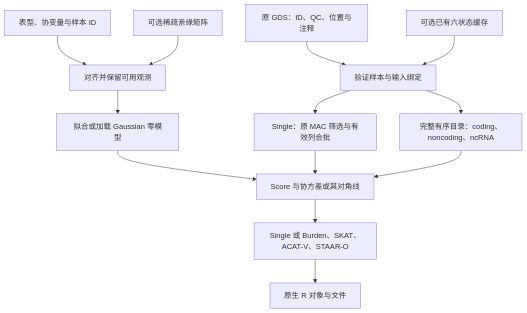
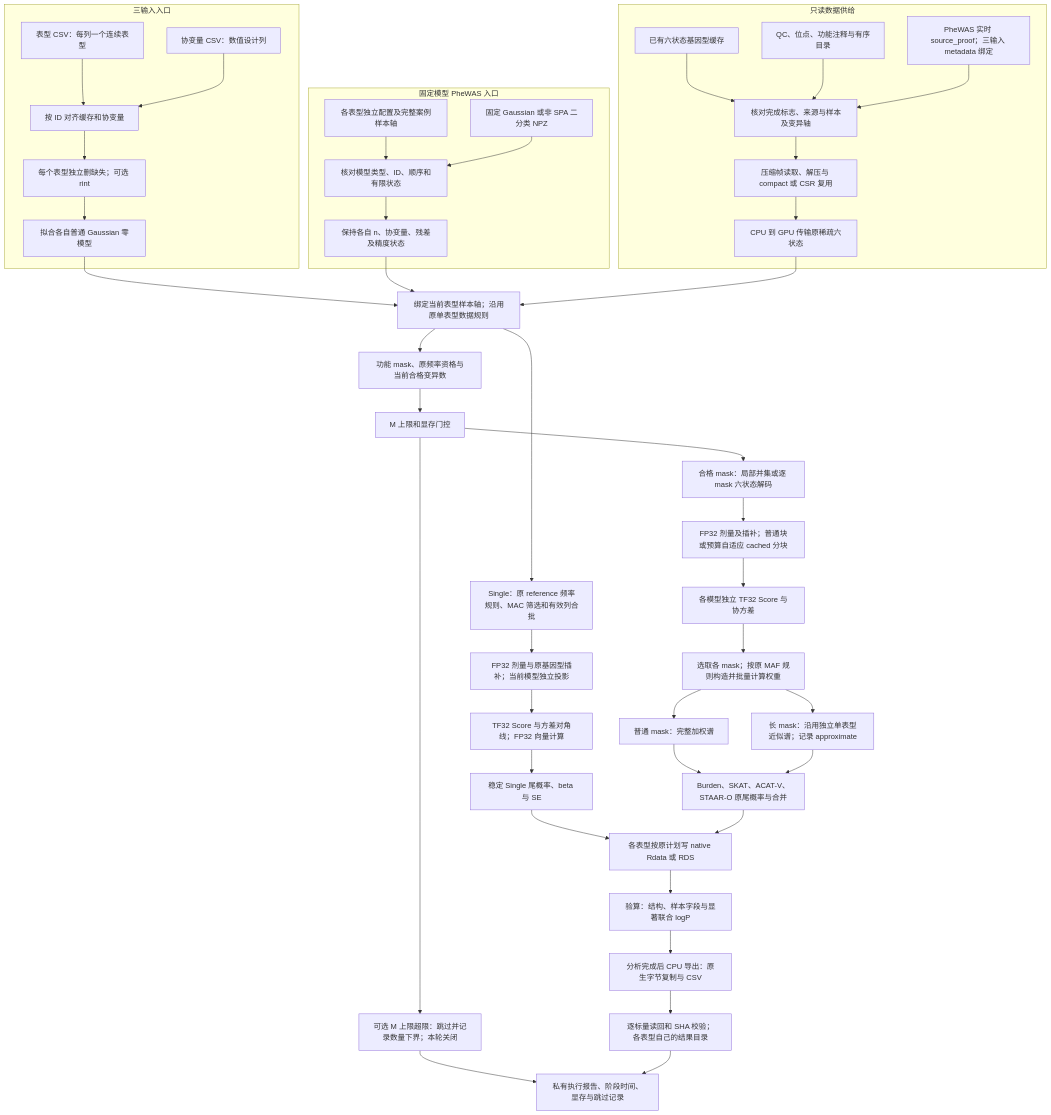
Before and after one commit to weikanggong1/WGS: the diagram in docs/torchstaar.md, drawn with Mermaid. The commit also changed other lines of this file and 50 other files, not shown here.

Commit message:
Add PheWAS all-mask analysis and CSV export

````diff
--- a/docs/torchstaar.md
+++ b/docs/torchstaar.md
@@ -11,15 +15,46 @@
 ```mermaid
 flowchart TD
-    A[表型、协变量与样本 ID] --> B[对齐并保留可用观测]
-    C[可选稀疏亲缘矩阵] --> B
-    B --> D[拟合或加载 Gaussian 零模型]
-    G[原 GDS：ID、QC、位置与注释] --> E[验证样本与输入绑定]
-    H[可选已有六状态缓存] --> E
-    E --> S[Single：原 MAC 筛选与有效列合批]
-    E --> M[完整有序目录：coding、noncoding、ncRNA]
-    D --> U[Score 与协方差或其对角线]
-    S --> U
-    M --> U
-    U --> T[Single 或 Burden、SKAT、ACAT-V、STAAR-O]
-    T --> O[原生 R 对象与文件]
+    subgraph A[三输入入口]
+        A1[表型 CSV：每列一个连续表型] --> A3[按 ID 对齐缓存和协变量]
+        A2[协变量 CSV：数值设计列] --> A3
+        A3 --> A4[每个表型独立删缺失；可选 rint]
+        A4 --> A5[拟合各自普通 Gaussian 零模型]
+    end
+    subgraph B[固定模型 PheWAS 入口]
+        B1[各表型独立配置及完整案例样本轴] --> B3[核对模型类型、ID、顺序和有限状态]
+        B2[固定 Gaussian 或非 SPA 二分类 NPZ] --> B3
+        B3 --> B4[保持各自 n、协变量、残差及精度状态]
+    end
+    subgraph C[只读数据供给]
+        C1[已有六状态基因型缓存] --> C3[核对完成标志、来源与样本及变异轴]
+        C2[QC、位点、功能注释与有序目录] --> C3
+        C4[PheWAS 实时 source_proof；三输入 metadata 绑定] --> C3
+        C3 --> C5[压缩帧读取、解压与 compact 或 CSR 复用]
+        C5 --> C6[CPU 到 GPU 传输原稀疏六状态]
+    end
+    A5 --> D1[绑定当前表型样本轴；沿用原单表型数据规则]
+    B4 --> D1
+    C6 --> D1
+    D1 --> S1[Single：原 reference 频率规则、MAC 筛选和有效列合批]
+    S1 --> S2[FP32 剂量与原基因型插补；当前模型独立投影]
+    S2 --> S3[TF32 Score 与方差对角线；FP32 向量计算]
+    S3 --> S4[稳定 Single 尾概率、beta 与 SE]
+    D1 --> G1[功能 mask、原频率资格与当前合格变异数]
+    G1 --> G2[M 上限和显存门控]
+    G2 --> G5[可选 M 上限超限：跳过并记录数量下界；本轮关闭]
+    G2 --> G3[合格 mask：局部并集或逐 mask 六状态解码]
+    G3 --> G4[FP32 剂量及插补；普通块或预算自适应 cached 分块]
+    G4 --> G10[各模型独立 TF32 Score 与协方差]
+    G10 --> G6[选取各 mask；按原 MAF 规则构造并批量计算权重]
+    G6 --> G7[普通 mask：完整加权谱]
+    G6 --> G8[长 mask：沿用独立单表型近似谱；记录 approximate]
+    G7 --> G9[Burden、SKAT、ACAT-V、STAAR-O 原尾概率与合并]
+    G8 --> G9
+    S4 --> N[各表型按原计划写 native Rdata 或 RDS]
+    G9 --> N
+    N --> V[验算：结构、样本字段与显著联合 logP]
+    V --> E[分析完成后 CPU 导出：原生字节复制与 CSV]
+    E --> E2[逐标量读回和 SHA 校验；各表型自己的结果目录]
+    G5 --> R[私有执行报告、阶段时间、显存与跳过记录]
+    E2 --> R
 ```
````
